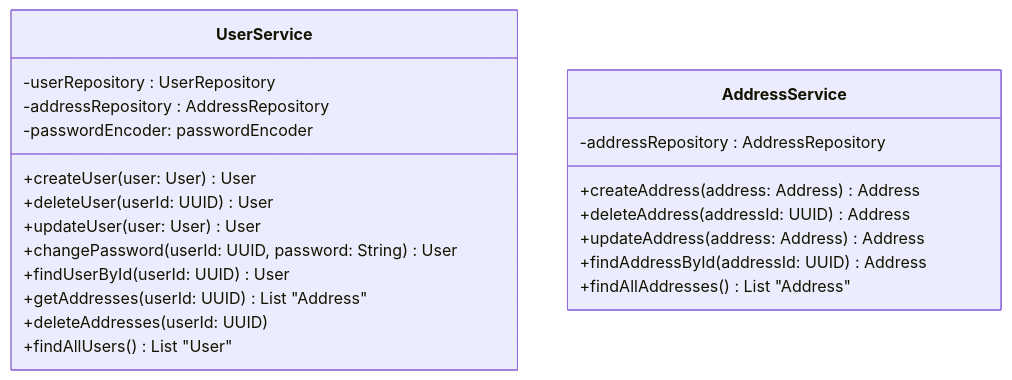
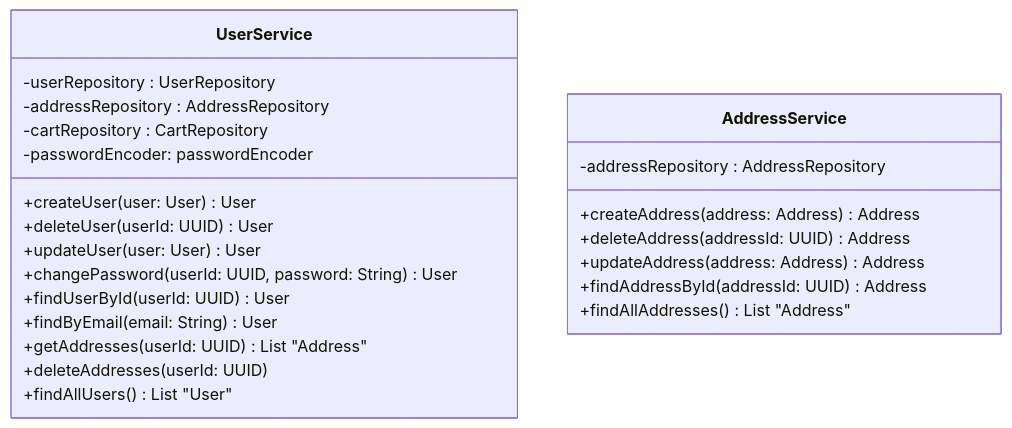
One commit to fruzsina-banyai/webshop changed the fifth of 6 diagrams in documentation/user_management_service/user_management_service.md. Above: the diagram before and after it, drawn with Mermaid. The commit also changed other lines of this file and 1 other file, not shown here.

First line of the commit message:
Documentation/create documentation for the shopping cart (#16)

````diff
--- a/documentation/user_management_service/user_management_service.md
+++ b/documentation/user_management_service/user_management_service.md
@@ -59,24 +61,26 @@
 ```mermaid
 classDiagram
     class UserService {      
         -userRepository : UserRepository
         -addressRepository : AddressRepository
+        -cartRepository : CartRepository
         -passwordEncoder: passwordEncoder
         +createUser(user: User) User
         +deleteUser(userId: UUID) User
         +updateUser(user: User) User
         +changePassword(userId: UUID, password: String) User
         +findUserById(userId: UUID) User
+        +findByEmail(email: String) User
         +getAddresses(userId: UUID) List "Address"
         +deleteAddresses(userId: UUID)
         +findAllUsers() List "User"
     }
     class AddressService { 
         -addressRepository : AddressRepository
         +createAddress(address: Address) Address
         +deleteAddress(addressId: UUID) Address
         +updateAddress(address: Address) Address
         +findAddressById(addressId: UUID) Address
         +findAllAddresses() List "Address"
     }
 ```
````
